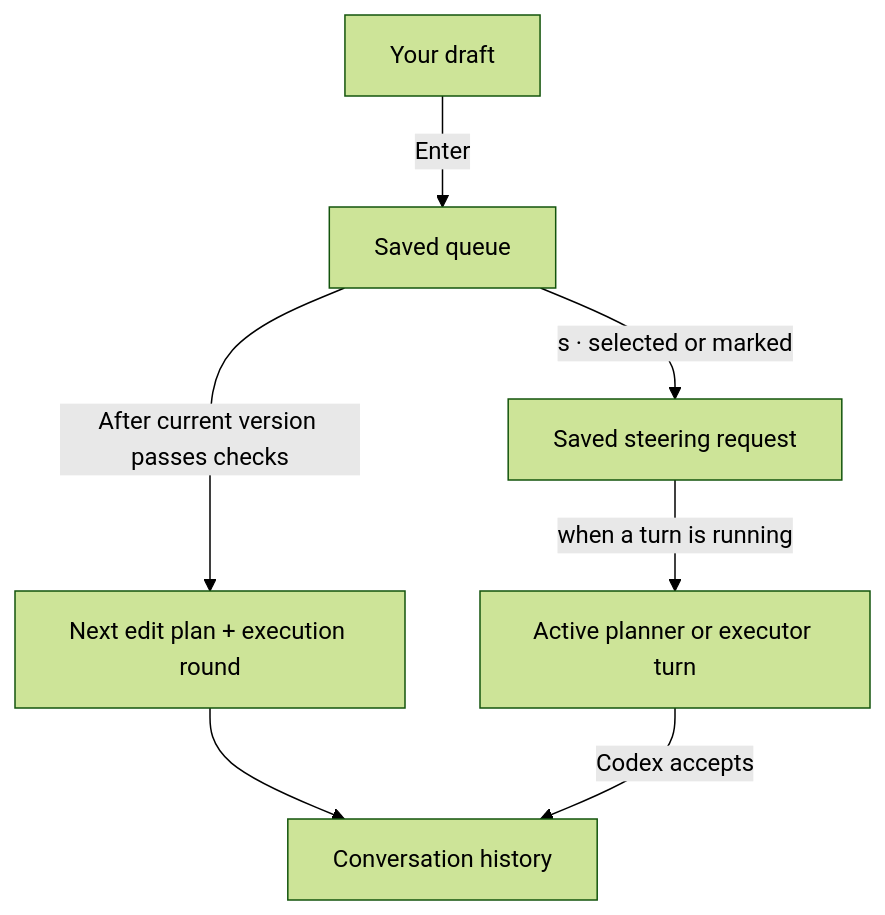
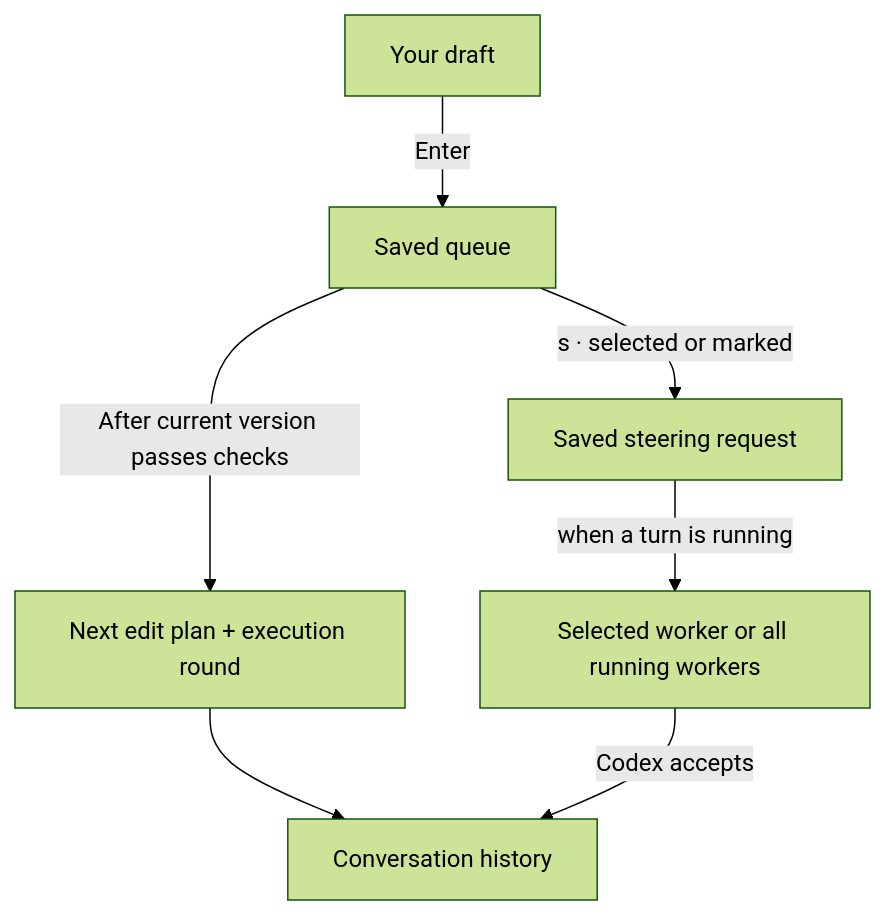
Before and after one commit to minimumeffort-dev/sprowt.harness: the second of 2 diagrams in docs/codemods.md, drawn with Mermaid (forest theme). The commit also changed other lines of this file and 19 other files, not shown here.

````diff
--- a/docs/codemods.md
+++ b/docs/codemods.md
@@ -54,9 +55,9 @@
 ```mermaid
 flowchart TB
     draft["Your draft"] -->|"Enter"| queue["Saved queue"]
     queue -->|"After current version passes checks"| next["Next edit plan + execution round"]
     queue -->|"s · selected or marked"| waiting["Saved steering request"]
-    waiting -->|"when a turn is running"| active["Active planner or executor turn"]
+    waiting -->|"when a turn is running"| active["Selected worker or all running workers"]
     next --> history["Conversation history"]
     active -->|"Codex accepts"| history
 ```
````
